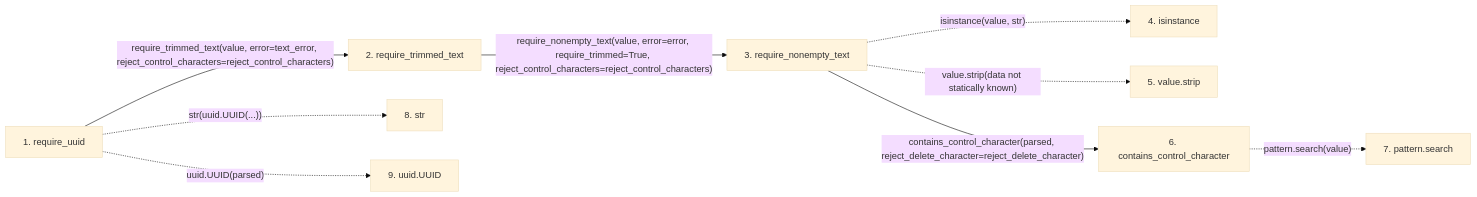
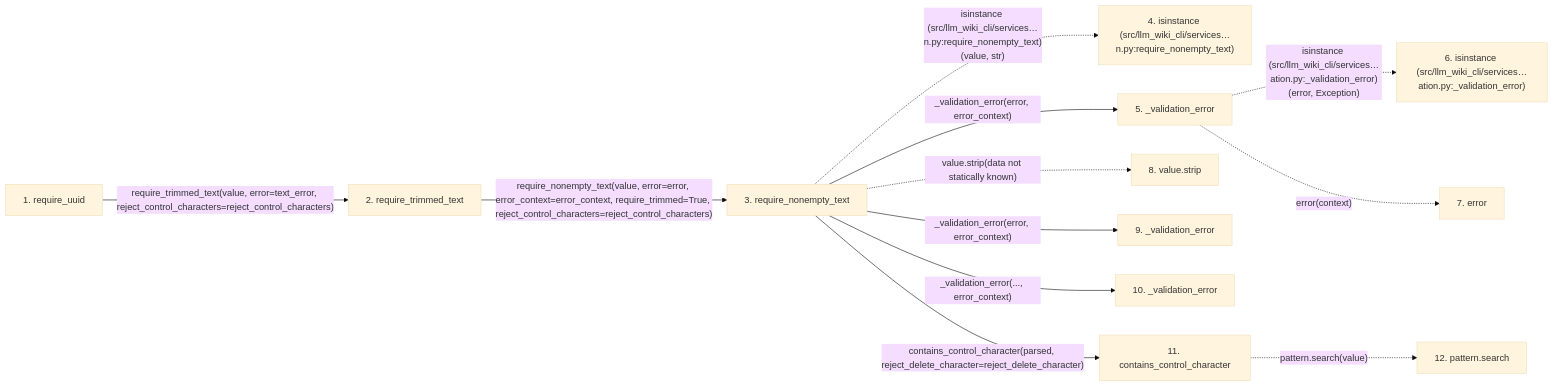
The second of 2 diagrams in docs/llm_wiki/flows/api-require_uuid.md (Denissvgn/python-wiki-llm), drawn with Mermaid (base theme) before and after one commit. The commit also changed other lines of this file and 627 other files, not shown here.

````diff
--- a/docs/llm_wiki/flows/api-require_uuid.md
+++ b/docs/llm_wiki/flows/api-require_uuid.md
@@ -50,24 +59,33 @@
 ```mermaid
 flowchart LR
     s1["1. require_uuid"]
     s2["2. require_trimmed_text"]
     s3["3. require_nonempty_text"]
-    s4["4. isinstance"]
-    s5["5. value.strip"]
-    s6["6. contains_control_character"]
-    s7["7. pattern.search"]
-    s8["8. str"]
-    s9["9. uuid.UUID"]
+    s4["4. isinstance (src/llm_wiki_cli/services…n.py:require_nonempty_text)"]
+    s5["5. _validation_error"]
+    s6["6. isinstance (src/llm_wiki_cli/services…ation.py:_validation_error)"]
+    s7["7. error"]
+    s8["8. value.strip"]
+    s9["9. _validation_error"]
+    s10["10. _validation_error"]
+    s11["11. contains_control_character"]
+    s12["12. pattern.search"]
     s1 -->|"require_trimmed_text(value, error=text_error, reject_control_characters=reject_control_characters)"| s2
-    s2 -->|"require_nonempty_text(value, error=error, require_trimmed=True, reject_control_characters=reject_control_characters)"| s3
-    s3 -. "isinstance(value, str)" .-> s4
-    s3 -. "value.strip(data not statically known)" .-> s5
-    s3 -->|"contains_control_character(parsed, reject_delete_character=reject_delete_character)"| s6
-    s6 -. "pattern.search(value)" .-> s7
-    s1 -. "str(uuid.UUID(...))" .-> s8
-    s1 -. "uuid.UUID(parsed)" .-> s9
+    s2 -->|"require_nonempty_text(value, error=error, error_context=error_context, require_trimmed=True, reject_control_characters=reject_control_characters)"| s3
+    s3 -. "isinstance (src/llm_wiki_cli/services…n.py:require_nonempty_text)(value, str)" .-> s4
+    s3 -->|"_validation_error(error, error_context)"| s5
+    s5 -. "isinstance (src/llm_wiki_cli/services…ation.py:_validation_error)(error, Exception)" .-> s6
+    s5 -. "error(context)" .-> s7
+    s3 -. "value.strip(data not statically known)" .-> s8
+    s3 -->|"_validation_error(error, error_context)"| s9
+    s3 -->|"_validation_error(..., error_context)"| s10
+    s3 -->|"contains_control_character(parsed, reject_delete_character=reject_delete_character)"| s11
+    s11 -. "pattern.search(value)" .-> s12
     click s1 "../modules/validation.md"
     click s2 "../modules/validation.md"
     click s3 "../modules/validation.md"
-    click s6 "../modules/validation.md"
+    click s5 "../modules/validation.md"
+    click s9 "../modules/validation.md"
+    click s10 "../modules/validation.md"
+    click s11 "../modules/validation.md"
 ```
````
